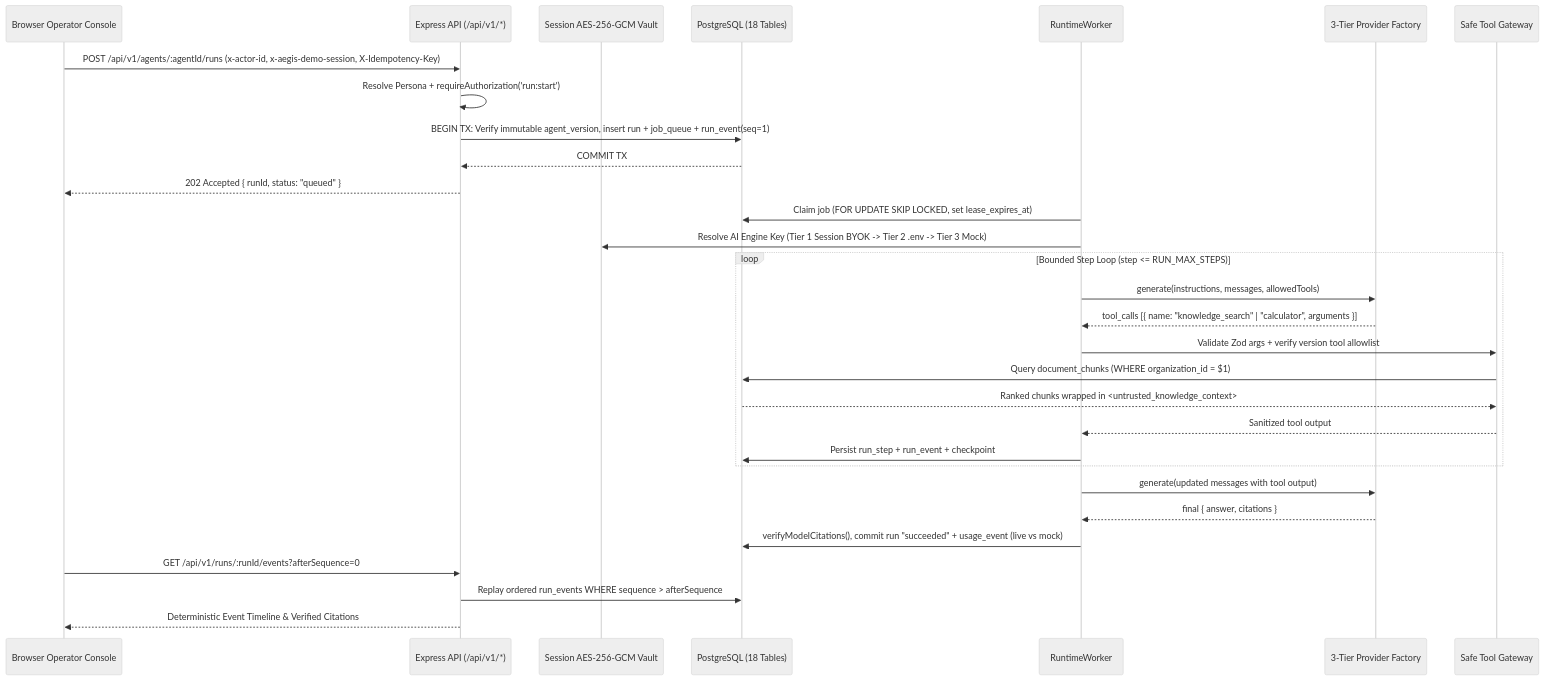
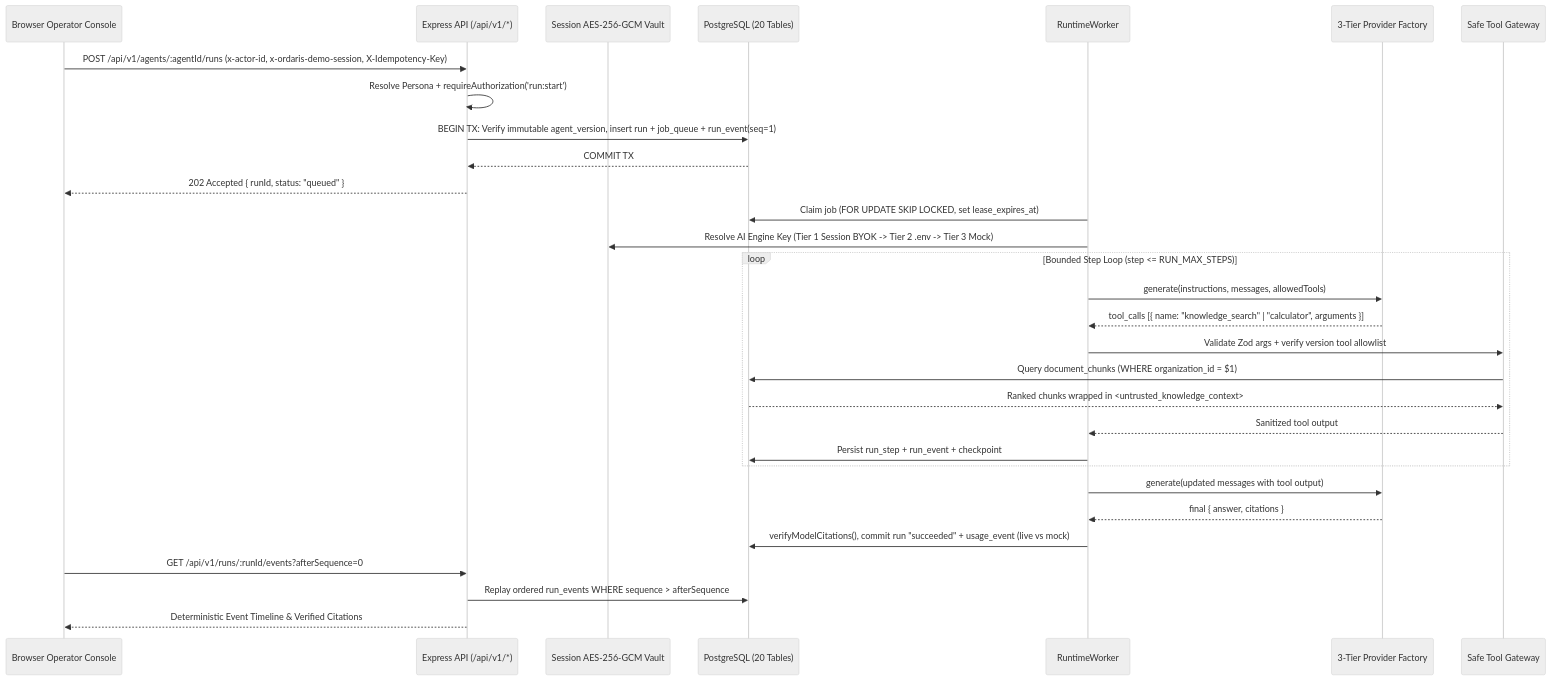
The second of 2 diagrams in docs/architecture.md (KratX/multi-ai-agent-orchestration), drawn with Mermaid (neutral theme) before and after one commit. The commit also changed other lines of this file and 25 other files, not shown here.

````diff
--- a/docs/architecture.md
+++ b/docs/architecture.md
@@ -87,34 +87,34 @@
 ```mermaid
 sequenceDiagram
   participant U as Browser Operator Console
   participant A as Express API (/api/v1/*)
   participant V as Session AES-256-GCM Vault
-  participant D as PostgreSQL (18 Tables)
+  participant D as PostgreSQL (20 Tables)
   participant W as RuntimeWorker
   participant P as 3-Tier Provider Factory
   participant T as Safe Tool Gateway
 
-  U->>A: POST /api/v1/agents/:agentId/runs (x-actor-id, x-aegis-demo-session, X-Idempotency-Key)
+  U->>A: POST /api/v1/agents/:agentId/runs (x-actor-id, x-ordaris-demo-session, X-Idempotency-Key)
   A->>A: Resolve Persona + requireAuthorization('run:start')
   A->>D: BEGIN TX: Verify immutable agent_version, insert run + job_queue + run_event(seq=1)
   D-->>A: COMMIT TX
   A-->>U: 202 Accepted { runId, status: "queued" }
 
   W->>D: Claim job (FOR UPDATE SKIP LOCKED, set lease_expires_at)
   W->>V: Resolve AI Engine Key (Tier 1 Session BYOK -> Tier 2 .env -> Tier 3 Mock)
   loop Bounded Step Loop (step <= RUN_MAX_STEPS)
     W->>P: generate(instructions, messages, allowedTools)
     P-->>W: tool_calls [{ name: "knowledge_search" | "calculator", arguments }]
     W->>T: Validate Zod args + verify version tool allowlist
     T->>D: Query document_chunks (WHERE organization_id = $1)
     D-->>T: Ranked chunks wrapped in <untrusted_knowledge_context>
     T-->>W: Sanitized tool output
     W->>D: Persist run_step + run_event + checkpoint
   end
   W->>P: generate(updated messages with tool output)
   P-->>W: final { answer, citations }
   W->>D: verifyModelCitations(), commit run "succeeded" + usage_event (live vs mock)
   U->>A: GET /api/v1/runs/:runId/events?afterSequence=0
   A->>D: Replay ordered run_events WHERE sequence > afterSequence
   A-->>U: Deterministic Event Timeline & Verified Citations
 ```
````
